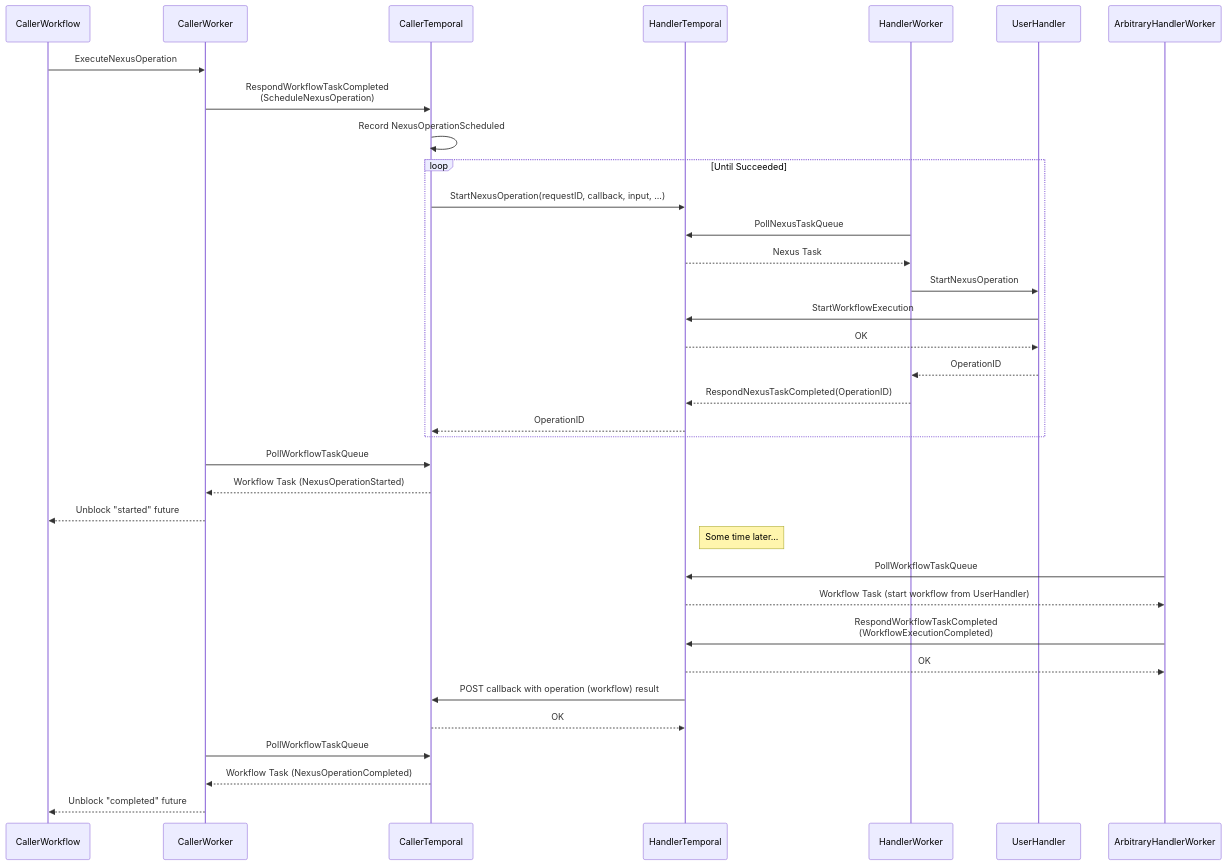
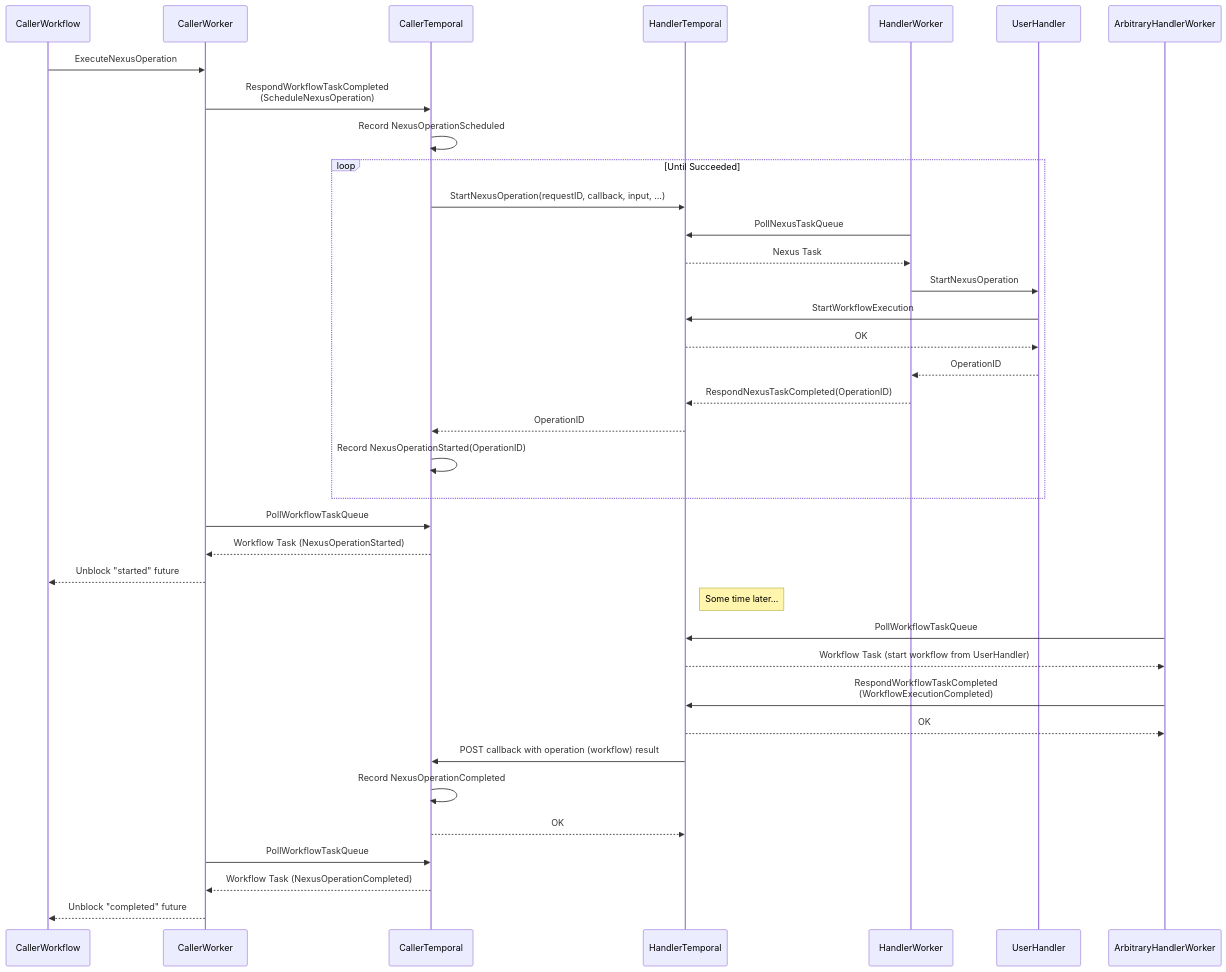
The first of 2 diagrams in nexus/sdk-go.md (temporalio/proposals), drawn with Mermaid before and after one commit. The commit also changed other lines of this file, not shown here.

Commit message:
Minor fixes for Nexus Go SDK proposal (#90)

````diff
--- a/nexus/sdk-go.md
+++ b/nexus/sdk-go.md
@@ -315,32 +315,34 @@
 ```mermaid
 sequenceDiagram
     CallerWorkflow->>CallerWorker: ExecuteNexusOperation
     CallerWorker->>CallerTemporal: RespondWorkflowTaskCompleted<br>(ScheduleNexusOperation)
     CallerTemporal->>CallerTemporal: Record NexusOperationScheduled
     loop Until Succeeded
         CallerTemporal->>HandlerTemporal: StartNexusOperation(requestID, callback, input, ...)
         HandlerWorker->>HandlerTemporal: PollNexusTaskQueue
         HandlerTemporal-->>HandlerWorker: Nexus Task
         HandlerWorker->>UserHandler: StartNexusOperation
         UserHandler->>HandlerTemporal: StartWorkflowExecution
         HandlerTemporal-->>UserHandler: OK
         UserHandler-->>HandlerWorker: OperationID
         HandlerWorker-->>HandlerTemporal: RespondNexusTaskCompleted(OperationID)
         HandlerTemporal-->>CallerTemporal: OperationID
+        CallerTemporal->>CallerTemporal: Record NexusOperationStarted(OperationID)
     end
     CallerWorker->>CallerTemporal: PollWorkflowTaskQueue
     CallerTemporal-->>CallerWorker: Workflow Task (NexusOperationStarted)
     CallerWorker-->>CallerWorkflow: Unblock "started" future
 
     Note right of HandlerTemporal: Some time later...
 
     ArbitraryHandlerWorker->>HandlerTemporal: PollWorkflowTaskQueue
     HandlerTemporal-->>ArbitraryHandlerWorker: Workflow Task (start workflow from UserHandler)
     ArbitraryHandlerWorker->>HandlerTemporal: RespondWorkflowTaskCompleted<br>(WorkflowExecutionCompleted)
     HandlerTemporal-->>ArbitraryHandlerWorker: OK
     HandlerTemporal->>CallerTemporal: POST callback with operation (workflow) result
+    CallerTemporal->>CallerTemporal: Record NexusOperationCompleted
     CallerTemporal-->>HandlerTemporal: OK
     CallerWorker->>CallerTemporal: PollWorkflowTaskQueue
     CallerTemporal-->>CallerWorker: Workflow Task (NexusOperationCompleted)
     CallerWorker-->>CallerWorkflow: Unblock "completed" future
 ```
````
